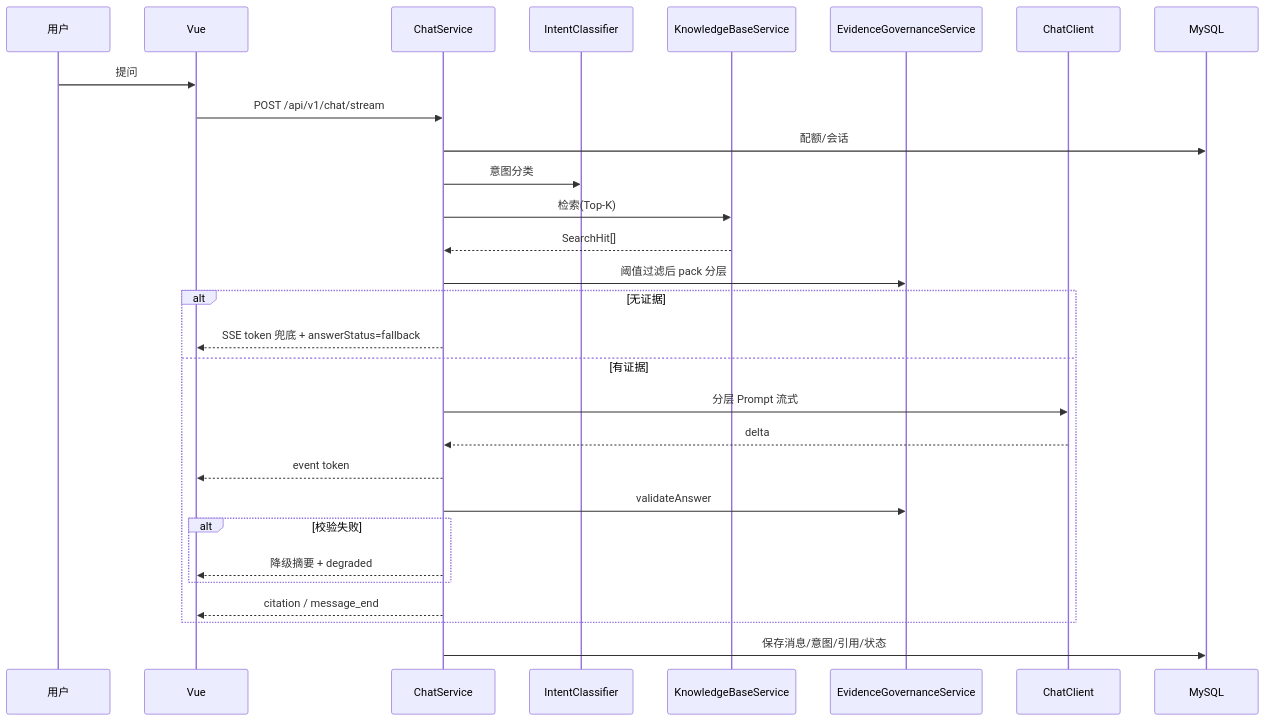
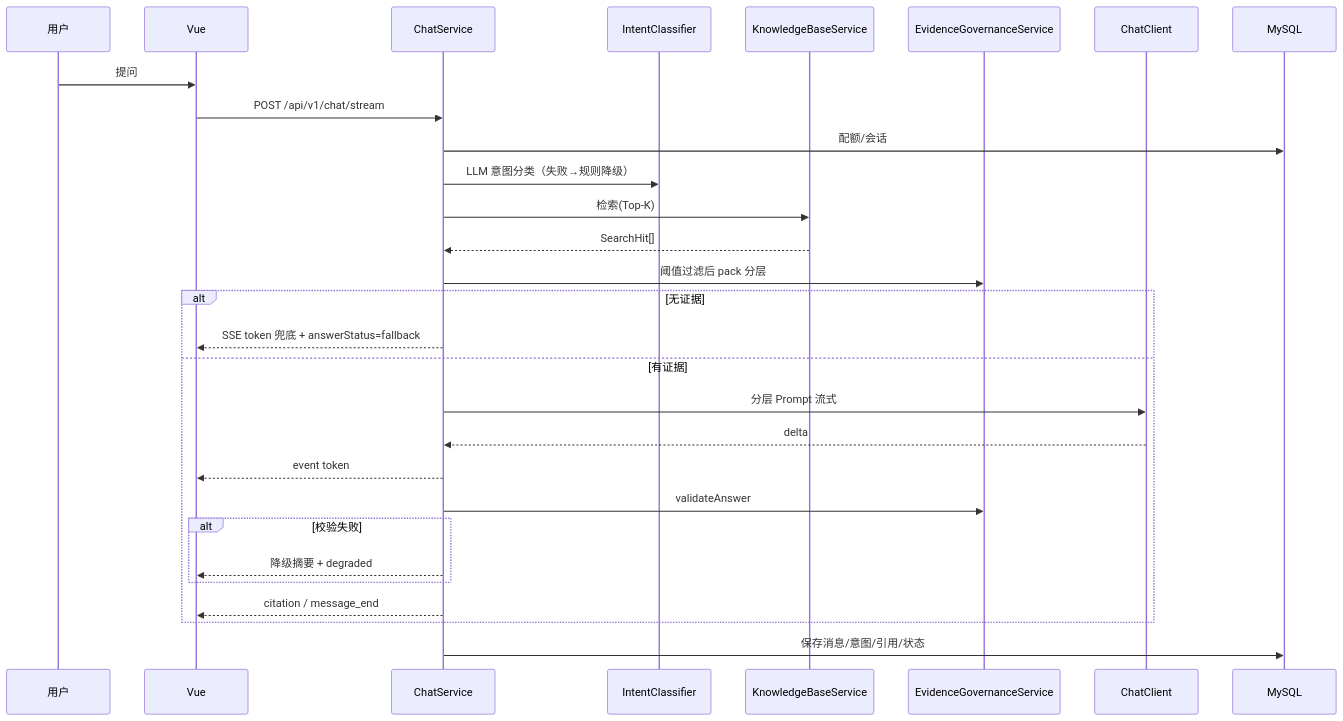
The second of 4 diagrams in docs/AI架构设计.md (farhub-wq/AI-), drawn with Mermaid before and after one commit. The commit also changed other lines of this file and 5 other files, not shown here.

Commit message:
LLM意图识别

````diff
--- a/docs/AI架构设计.md
+++ b/docs/AI架构设计.md
@@ -58,32 +58,32 @@
 ```mermaid
 sequenceDiagram
     participant U as 用户
     participant FE as Vue
     participant API as ChatService
     participant IC as IntentClassifier
     participant KB as KnowledgeBaseService
     participant EG as EvidenceGovernanceService
     participant LLM as ChatClient
     participant DB as MySQL
 
     U->>FE: 提问
     FE->>API: POST /api/v1/chat/stream
     API->>DB: 配额/会话
-    API->>IC: 意图分类
+    API->>IC: LLM 意图分类（失败→规则降级）
     API->>KB: 检索(Top-K)
     KB-->>API: SearchHit[]
     API->>EG: 阈值过滤后 pack 分层
     alt 无证据
         API-->>FE: SSE token 兜底 + answerStatus=fallback
     else 有证据
         API->>LLM: 分层 Prompt 流式
         LLM-->>API: delta
         API-->>FE: event token
         API->>EG: validateAnswer
         alt 校验失败
             API-->>FE: 降级摘要 + degraded
         end
         API-->>FE: citation / message_end
     end
     API->>DB: 保存消息/意图/引用/状态
 ```
````
